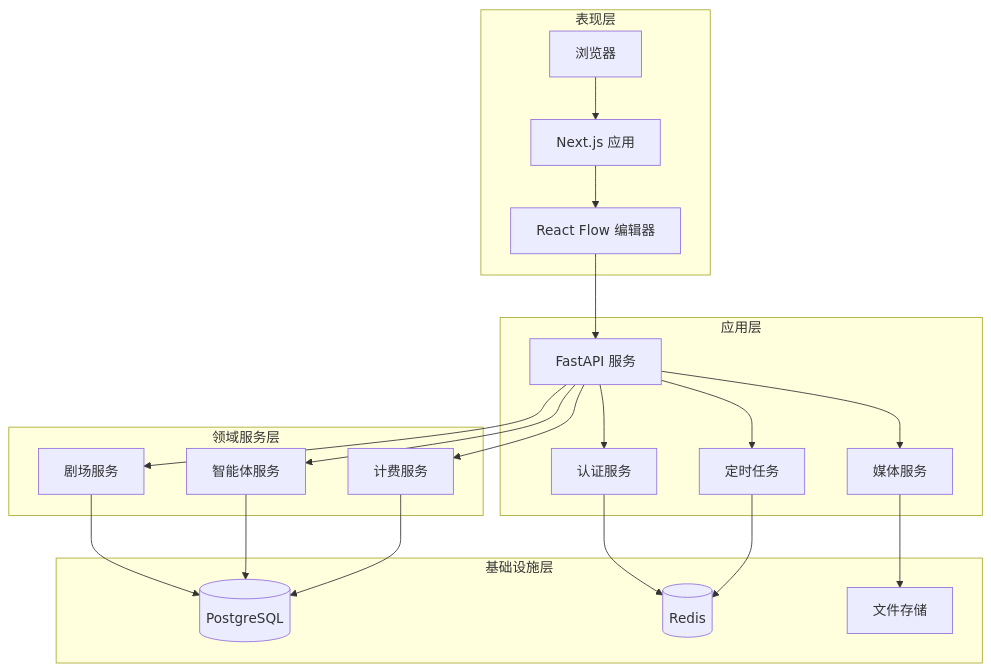
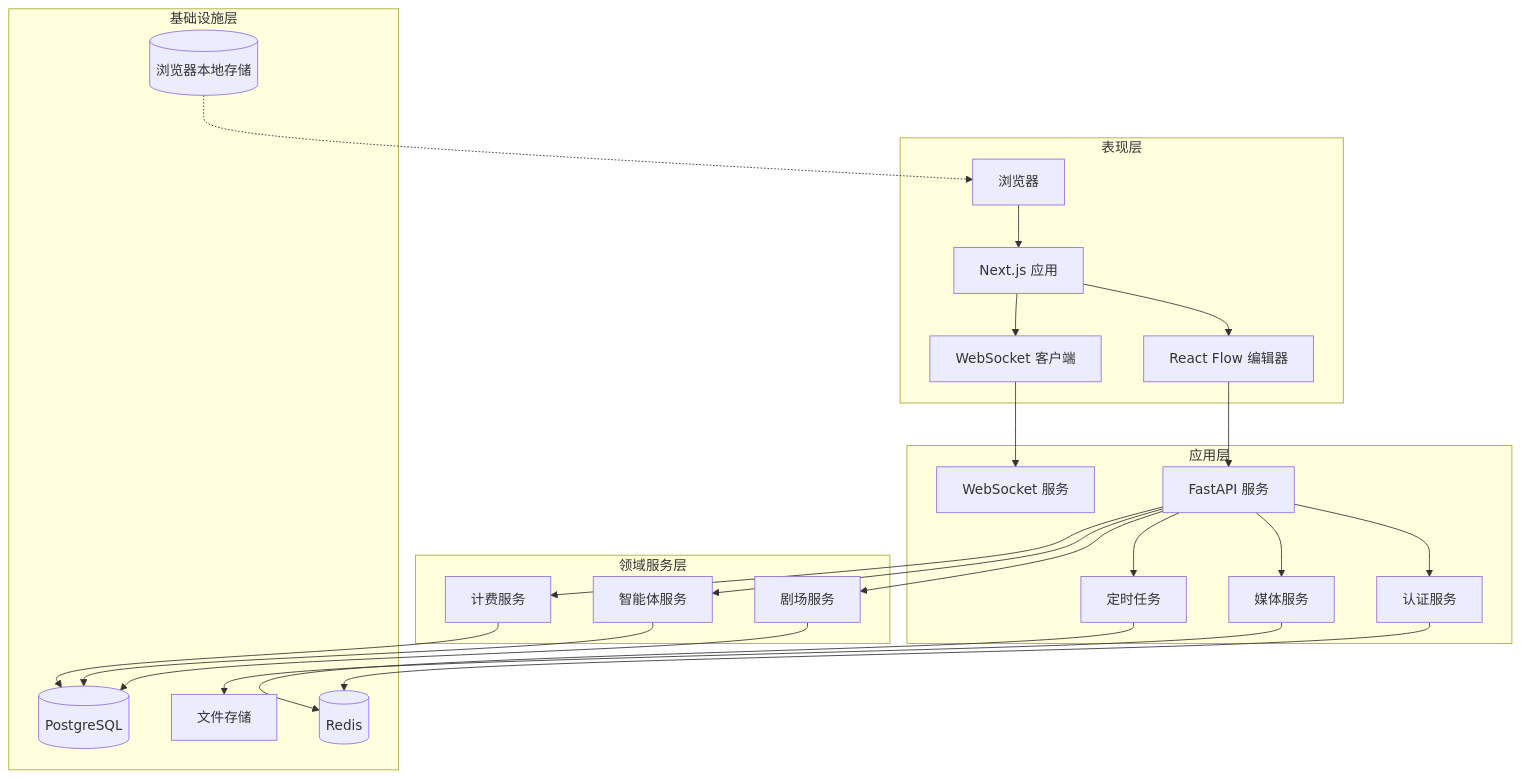
One commit to KunLabAI/KunFlix changed the second of 8 diagrams in .qoder/repowiki/zh/content/系统架构/剧院系统概览.md. Above: the diagram before and after it, drawn with Mermaid. The commit also changed other lines of this file and 18 other files, not shown here.

````diff
--- a/.qoder/repowiki/zh/content/系统架构/剧院系统概览.md
+++ b/.qoder/repowiki/zh/content/系统架构/剧院系统概览.md
@@ -136,39 +166,45 @@
 ```mermaid
 graph TD
 subgraph "表现层"
 Browser[浏览器]
 NextJS[Next.js 应用]
 ReactFlow[React Flow 编辑器]
+WebSocket[WebSocket 客户端]
 end
 subgraph "应用层"
 API[FastAPI 服务]
 Auth[认证服务]
 Media[媒体服务]
 Cron[定时任务]
+WS[WebSocket 服务]
 end
 subgraph "领域服务层"
 TheaterSvc[剧场服务]
 AgentSvc[智能体服务]
 BillingSvc[计费服务]
 end
 subgraph "基础设施层"
 Postgres[(PostgreSQL)]
 Redis[(Redis)]
 Storage[文件存储]
+LocalStorage[(浏览器本地存储)]
 end
 Browser --> NextJS
 NextJS --> ReactFlow
+NextJS --> WebSocket
 ReactFlow --> API
+WebSocket --> WS
 API --> Auth
 API --> Media
 API --> Cron
 API --> TheaterSvc
 API --> AgentSvc
 API --> BillingSvc
 TheaterSvc --> Postgres
 AgentSvc --> Postgres
 BillingSvc --> Postgres
 Media --> Storage
 Auth --> Redis
 Cron --> Redis
+LocalStorage -.-> Browser
 ```
````
